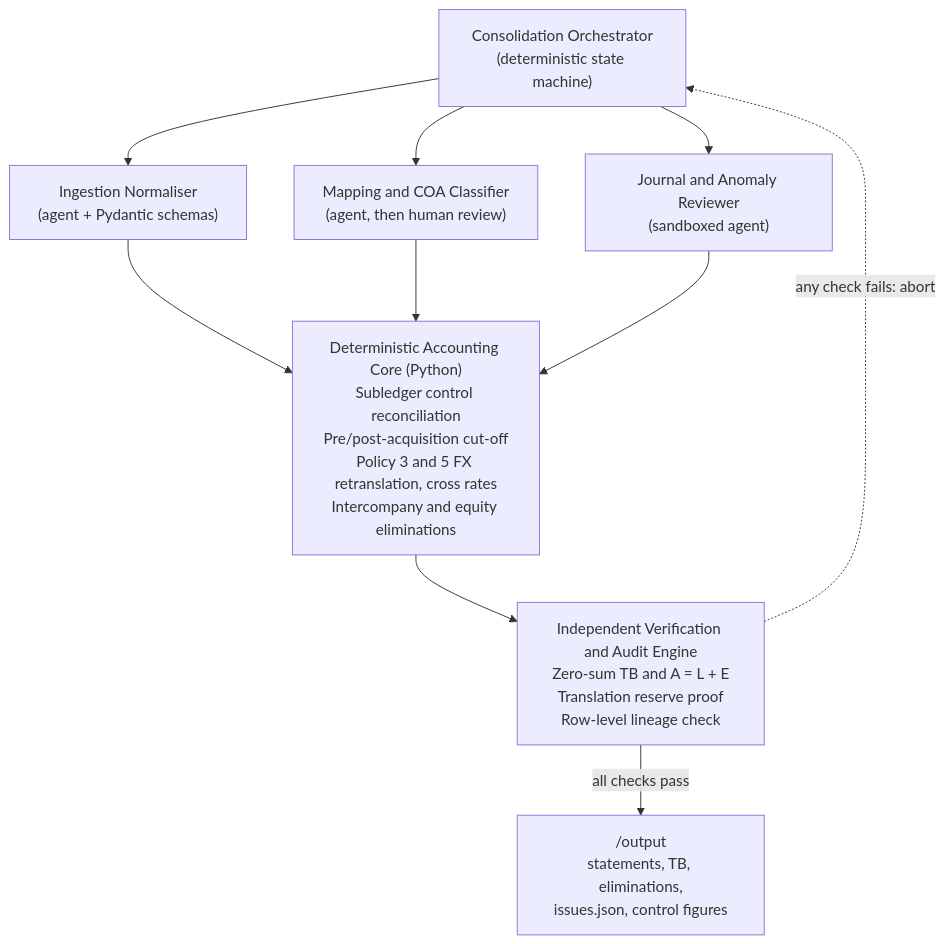
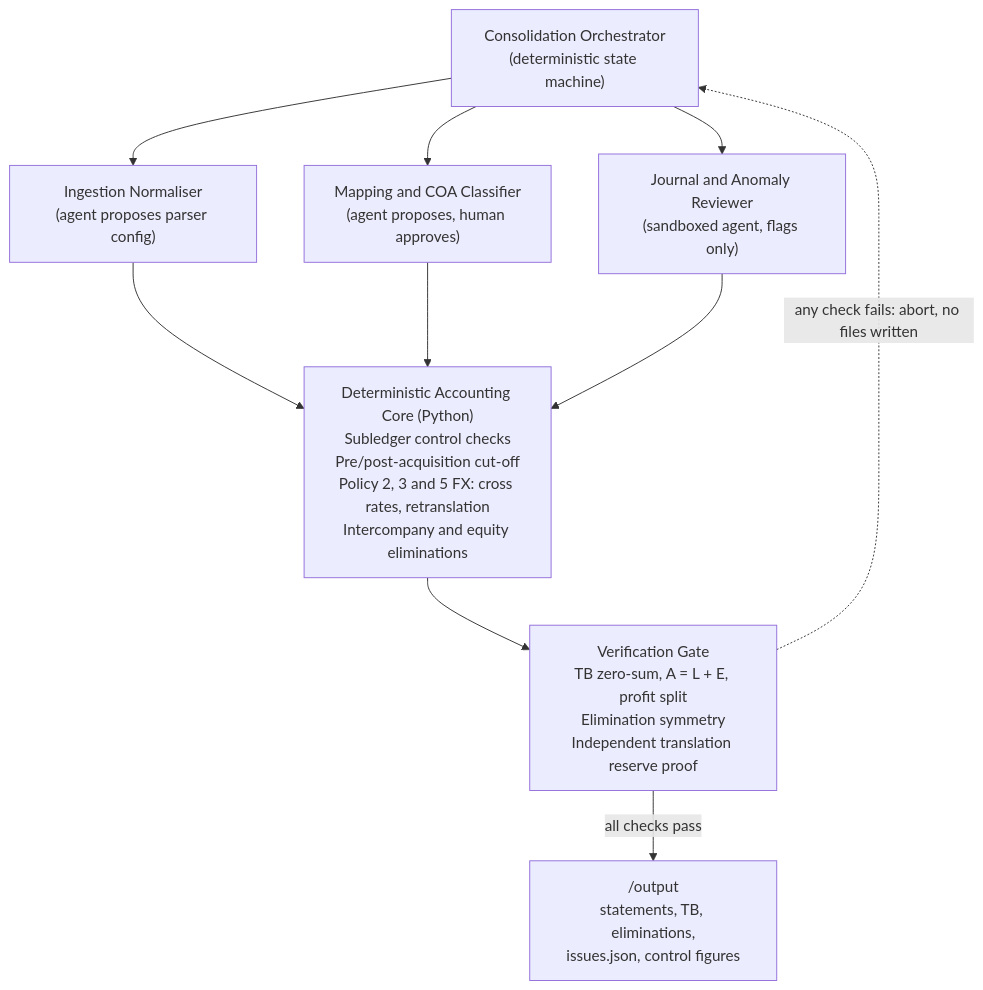
Before and after one commit to nams2002/northwind-consolidation: the diagram in ARCHITECTURE.md, drawn with Mermaid. The commit also changed other lines of this file and 4 other files, not shown here.

````diff
--- a/ARCHITECTURE.md
+++ b/ARCHITECTURE.md
@@ -24,24 +25,24 @@
 ```mermaid
 flowchart TD
     ORCH["Consolidation Orchestrator<br/>(deterministic state machine)"]
 
-    ING["Ingestion Normaliser<br/>(agent + Pydantic schemas)"]
-    MAP["Mapping and COA Classifier<br/>(agent, then human review)"]
-    JNL["Journal and Anomaly Reviewer<br/>(sandboxed agent)"]
+    ING["Ingestion Normaliser<br/>(agent proposes parser config)"]
+    MAP["Mapping and COA Classifier<br/>(agent proposes, human approves)"]
+    JNL["Journal and Anomaly Reviewer<br/>(sandboxed agent, flags only)"]
 
-    CORE["Deterministic Accounting Core (Python)<br/>Subledger control reconciliation<br/>Pre/post-acquisition cut-off<br/>Policy 3 and 5 FX retranslation, cross rates<br/>Intercompany and equity eliminations"]
+    CORE["Deterministic Accounting Core (Python)<br/>Subledger control checks<br/>Pre/post-acquisition cut-off<br/>Policy 2, 3 and 5 FX: cross rates, retranslation<br/>Intercompany and equity eliminations"]
 
-    VER["Independent Verification and Audit Engine<br/>Zero-sum TB and A = L + E<br/>Translation reserve proof<br/>Row-level lineage check"]
+    VER["Verification Gate<br/>TB zero-sum, A = L + E, profit split<br/>Elimination symmetry<br/>Independent translation reserve proof"]
 
     OUT["/output<br/>statements, TB, eliminations,<br/>issues.json, control figures"]
 
     ORCH --> ING
     ORCH --> MAP
     ORCH --> JNL
     ING --> CORE
     MAP --> CORE
     JNL --> CORE
     CORE --> VER
     VER -->|all checks pass| OUT
-    VER -.->|any check fails: abort| ORCH
+    VER -.->|any check fails: abort, no files written| ORCH
 ```
````
